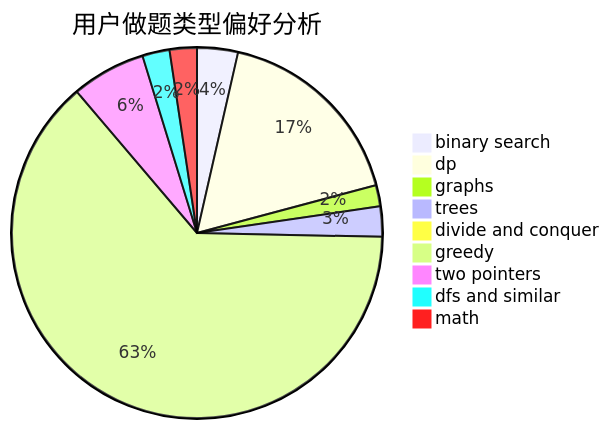
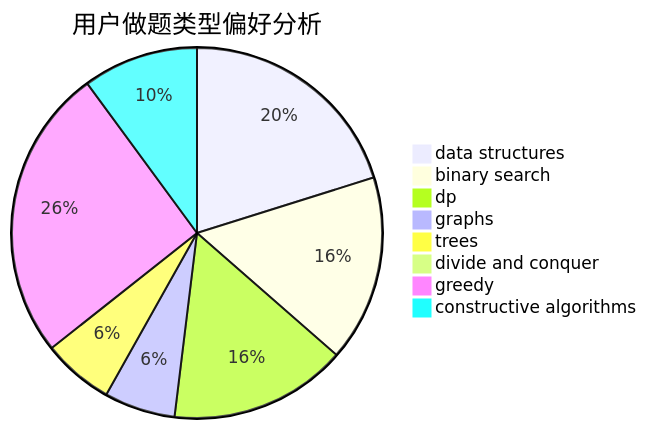
Before and after one commit to sherpahu/cfrs.github.io: the second of 3 diagrams in docs/user/u1437.md, drawn with Mermaid. The commit also changed other lines of this file and 2775 other files, not shown here.

````diff
--- a/docs/user/u1437.md
+++ b/docs/user/u1437.md
@@ -23,12 +23,11 @@
 ```mermaid
 pie title 用户做题类型偏好分析
-    "binary search" :  27
-    "dp" :  131
-    "graphs" :  14
-    "trees" :  20
+    "data structures" :  26
+    "binary search" :  21
+    "dp" :  20
+    "graphs" :  8
+    "trees" :  8
     "divide and conquer" :  0
-    "greedy" :  481
-    "two pointers" :  49
-    "dfs and similar" :  18
-    "math" :  18
+    "greedy" :  33
+    "constructive algorithms" :  13
 ```
````
